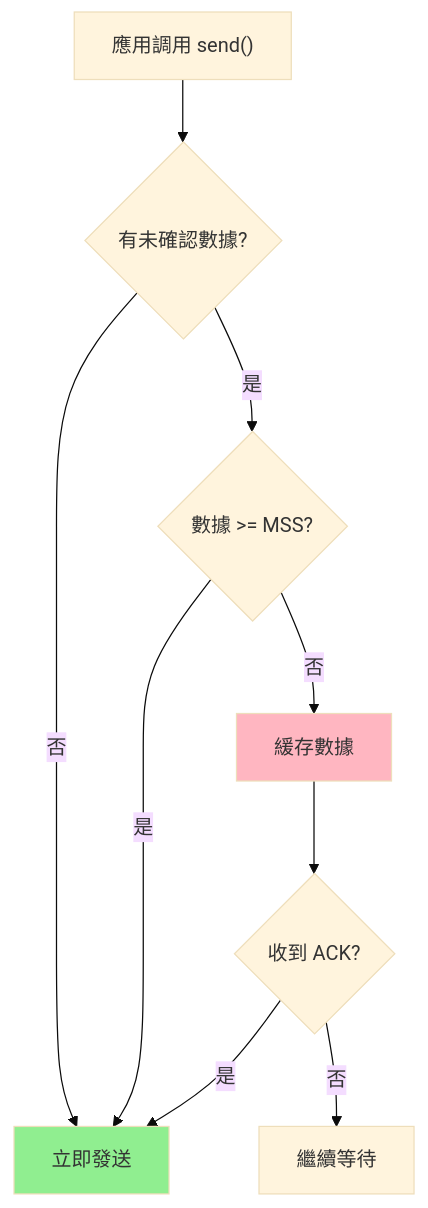
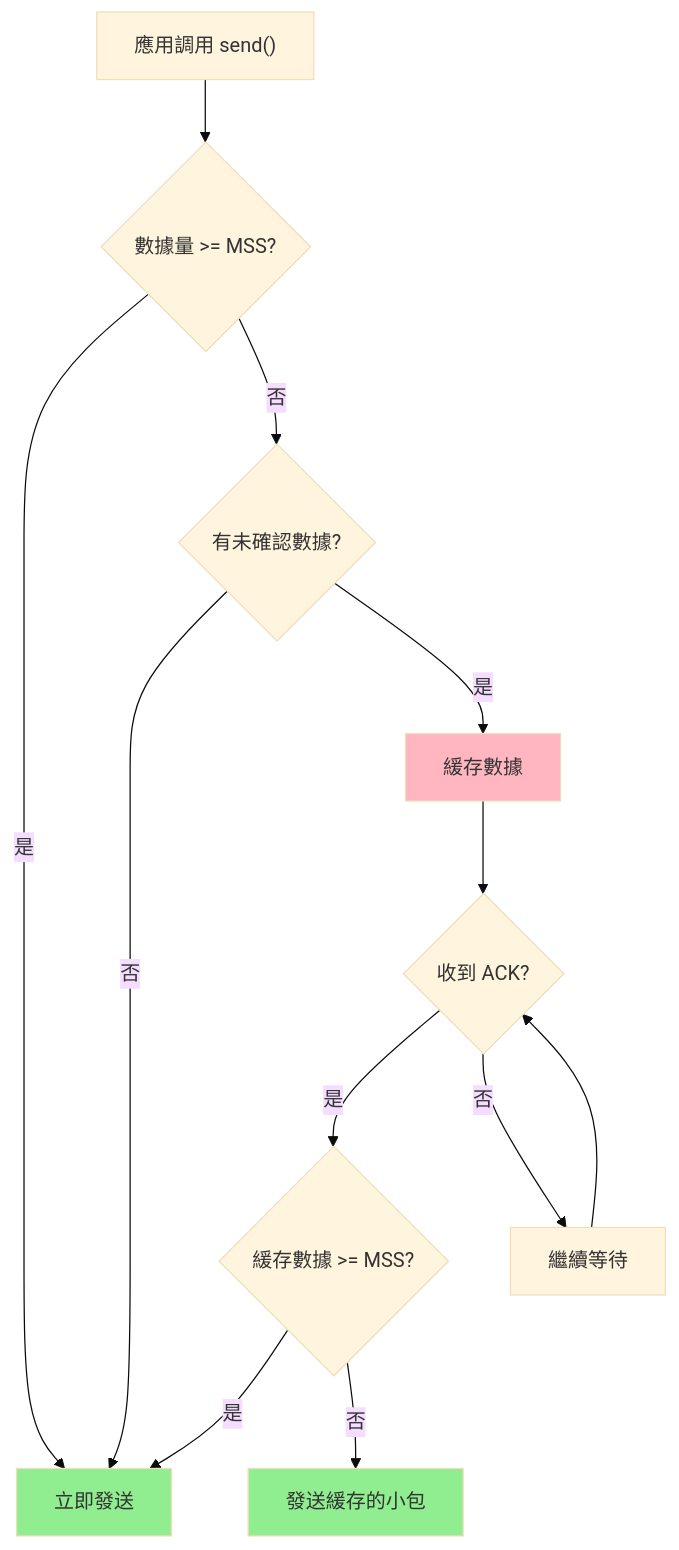
Before and after one commit to LiamStanDev/programming-notes: the eighth of 11 diagrams in 1. Programing/08-interview/1-計算機網路問題.md, drawn with Mermaid (base theme). The commit also changed other lines of this file and 4 other files, not shown here.

````diff
--- a/1. Programing/08-interview/1-計算機網路問題.md
+++ b/1. Programing/08-interview/1-計算機網路問題.md
@@ -697,15 +1212,21 @@
 ```mermaid
 graph TD
-    A["應用調用 send()"] --> B{有未確認數據?}
-    B -->|否| C["立即發送"]
-    B -->|是| D{數據 >= MSS?}
-    D -->|是| C
-    D -->|否| E["緩存數據"]
+    A["應用調用 send()"] --> B{"數據量 >= MSS?"}
+    B -->|是| C["立即發送"]
+    B -->|否| D{"有未確認數據?"}
+    D -->|否| C
+    D -->|是| E["緩存數據"]
     
-    E --> F{收到 ACK?}
-    F -->|是| C
-    F -->|否| G["繼續等待"]
+    E --> F{"收到 ACK?"}
+    F -->|是| G{"緩存數據 >= MSS?"}
+    F -->|否| H["繼續等待"]
+    
+    G -->|是| C
+    G -->|否| I["發送緩存的小包"]
+    
+    H --> F
     
     style E fill:#FFB6C1
     style C fill:#90EE90
+    style I fill:#90EE90
 ```
````
